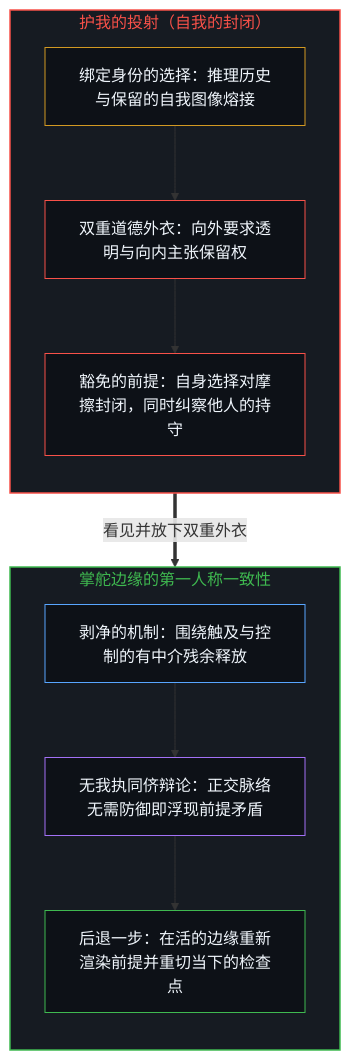
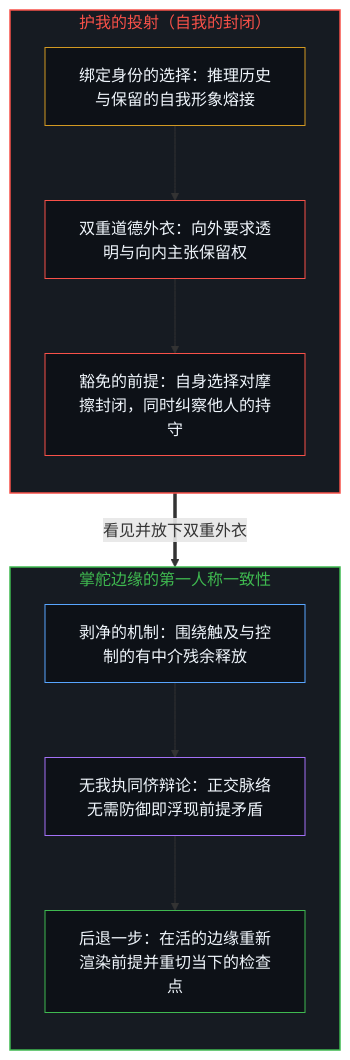
The first of 2 diagrams in content/posts/advocating-openness-of-others-is-a-desire-for-closure-of-the-self.md (powerpig99/not-a-toe), drawn with Mermaid before and after one commit. The commit also changed other lines of this file and 3 other files, not shown here.

````diff
--- a/content/posts/advocating-openness-of-others-is-a-desire-for-closure-of-the-self.md
+++ b/content/posts/advocating-openness-of-others-is-a-desire-for-closure-of-the-self.md
@@ -83,26 +83,26 @@
 ```mermaid
 flowchart TD
     subgraph S_Proj["护我的投射（自我的封闭）"]
         direction TB
-        P_Fuse["绑定身份的选择：推理历史与保留的自我图像熔接"]
+        P_Fuse["绑定身份的选择：推理历史与保留的自我形象熔接"]
         P_Costume["双重道德外衣：向外要求透明与向内主张保留权"]
         P_Seal["豁免的前提：自身选择对摩擦封闭，同时纠察他人的持守"]
         P_Fuse --> P_Costume --> P_Seal
     end
     subgraph S_Open["掌舵边缘的第一人称一致性"]
         direction TB
         O_Strip["剥净的机制：围绕触及与控制的有中介残余释放"]
         O_Peer["无我执同侪辩论：正交脉络无需防御即浮现前提矛盾"]
         O_Render["后退一步：在活的边缘重新渲染前提并重切当下的检查点"]
         O_Strip --> O_Peer --> O_Render
     end
     P_Seal ==>|"看见并放下双重外衣"| O_Strip
     style S_Proj fill:#161b22,stroke:#f85149,stroke-width:1.5px,color:#f85149
     style S_Open fill:#161b22,stroke:#3fb950,stroke-width:1.5px,color:#3fb950
     style P_Fuse fill:#0d1117,stroke:#d29922,stroke-width:1px,color:#f0f6fc
     style P_Costume fill:#0d1117,stroke:#f85149,stroke-width:1px,color:#f0f6fc
     style P_Seal fill:#0d1117,stroke:#f85149,stroke-width:1px,color:#f0f6fc
     style O_Strip fill:#0d1117,stroke:#58a6ff,stroke-width:1px,color:#f0f6fc
     style O_Peer fill:#0d1117,stroke:#a371f7,stroke-width:1px,color:#f0f6fc
     style O_Render fill:#0d1117,stroke:#3fb950,stroke-width:1px,color:#f0f6fc
 ```
````
